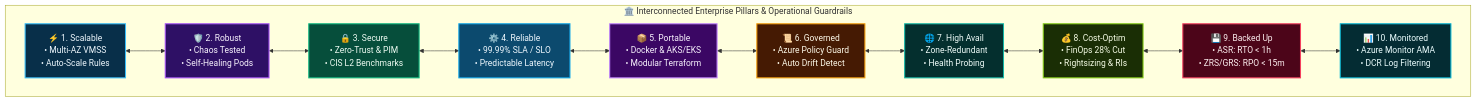
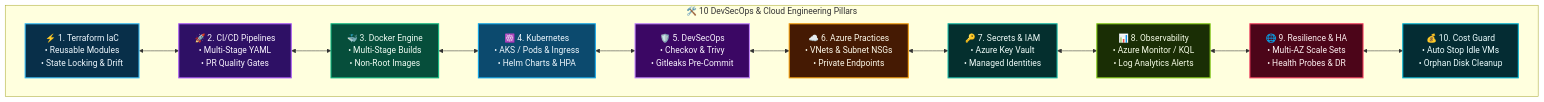
Before and after one commit to Sarvesh0401/Sarvesh0401: the first of 6 diagrams in README.md, drawn with Mermaid. The commit also changed other lines of this file and 3 other files, not shown here.

First line of the commit message:
feat: align profile to Senior DevSecOps focusing on Terraform, CI/CD, and Kubernetes

````diff
--- a/README.md
+++ b/README.md
@@ -72,41 +76,41 @@
 ```mermaid
 flowchart TD
-    subgraph PillarsFlow ["🏛️ Interconnected Enterprise Pillars & Operational Guardrails"]
+    subgraph CorePillars ["🛠️ 10 DevSecOps & Cloud Engineering Pillars"]
         direction LR
-        P1["⚡ 1. Scalable<br/>• Multi-AZ VMSS<br/>• Auto-Scale Rules"]
-        P2["🛡️ 2. Robust<br/>• Chaos Tested<br/>• Self-Healing Pods"]
-        P3["🔒 3. Secure<br/>• Zero-Trust & PIM<br/>• CIS L2 Benchmarks"]
-        P4["⚙️ 4. Reliable<br/>• 99.99% SLA / SLO<br/>• Predictable Latency"]
-        P5["📦 5. Portable<br/>• Docker & AKS/EKS<br/>• Modular Terraform"]
-        P6["📜 6. Governed<br/>• Azure Policy Guard<br/>• Auto Drift Detect"]
-        P7["🌐 7. High Avail<br/>• Zone-Redundant<br/>• Health Probing"]
-        P8["💰 8. Cost-Optim<br/>• FinOps 28% Cut<br/>• Rightsizing & RIs"]
-        P9["💾 9. Backed Up<br/>• ASR: RTO < 1h<br/>• ZRS/GRS: RPO < 15m"]
-        P10["📊 10. Monitored<br/>• Azure Monitor AMA<br/>• DCR Log Filtering"]
+        P1["⚡ 1. Terraform IaC<br/>• Reusable Modules<br/>• State Locking & Drift"]
+        P2["🚀 2. CI/CD Pipelines<br/>• Multi-Stage YAML<br/>• PR Quality Gates"]
+        P3["🐳 3. Docker Engine<br/>• Multi-Stage Builds<br/>• Non-Root Images"]
+        P4["☸️ 4. Kubernetes<br/>• AKS / Pods & Ingress<br/>• Helm Charts & HPA"]
+        P5["🛡️ 5. DevSecOps<br/>• Checkov & Trivy<br/>• Gitleaks Pre-Commit"]
+        P6["☁️ 6. Azure Practices<br/>• VNets & Subnet NSGs<br/>• Private Endpoints"]
+        P7["🔑 7. Secrets & IAM<br/>• Azure Key Vault<br/>• Managed Identities"]
+        P8["📊 8. Observability<br/>• Azure Monitor / KQL<br/>• Log Analytics Alerts"]
+        P9["🌐 9. Resilience & HA<br/>• Multi-AZ Scale Sets<br/>• Health Probes & DR"]
+        P10["💰 10. Cost Guard<br/>• Auto Stop Idle VMs<br/>• Orphan Disk Cleanup"]
     end
 
     P1 <--> P2 <--> P3 <--> P4 <--> P5
     P5 <--> P6 <--> P7 <--> P8 <--> P9 <--> P10
 
     classDef c1 fill:#082f49,stroke:#38bdf8,stroke-width:2px,color:#f0f9ff;
     classDef c2 fill:#2e1065,stroke:#a855f7,stroke-width:2px,color:#faf5ff;
     classDef c3 fill:#064e3b,stroke:#10b981,stroke-width:2px,color:#f0fdf4;
     classDef c4 fill:#0c4a6e,stroke:#0ea5e9,stroke-width:2px,color:#f0f9ff;
     classDef c5 fill:#3b0764,stroke:#c084fc,stroke-width:2px,color:#faf5ff;
     classDef c6 fill:#451a03,stroke:#f59e0b,stroke-width:2px,color:#fffbeb;
     classDef c7 fill:#042f2e,stroke:#14b8a6,stroke-width:2px,color:#f0fdfa;
     classDef c8 fill:#1a2e05,stroke:#84cc16,stroke-width:2px,color:#f7fee7;
     classDef c9 fill:#4c0519,stroke:#f43f5e,stroke-width:2px,color:#fff1f2;
     classDef c10 fill:#042c33,stroke:#06b6d4,stroke-width:2px,color:#ecfeff;
 
     class P1 c1;
     class P2 c2;
     class P3 c3;
     class P4 c4;
     class P5 c5;
     class P6 c6;
     class P7 c7;
     class P8 c8;
     class P9 c9;
     class P10 c10;
 ```
````
